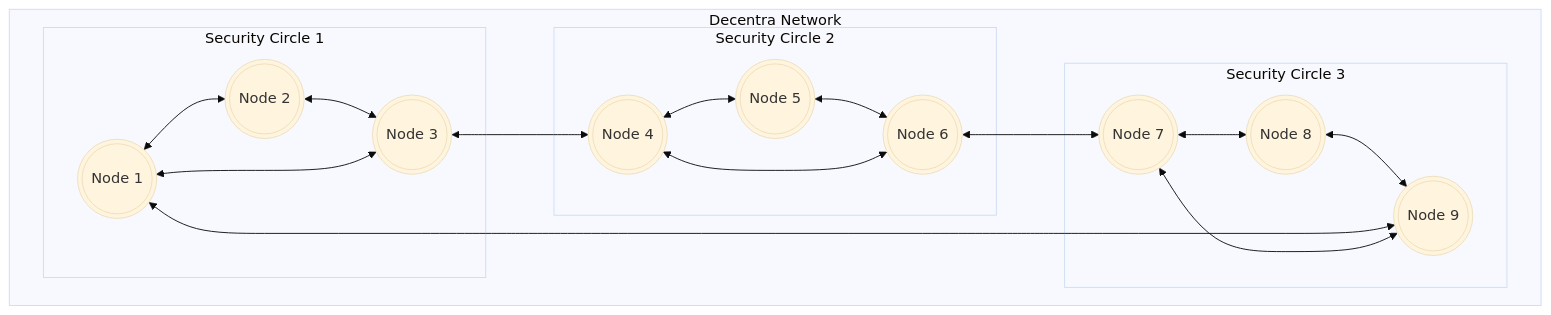
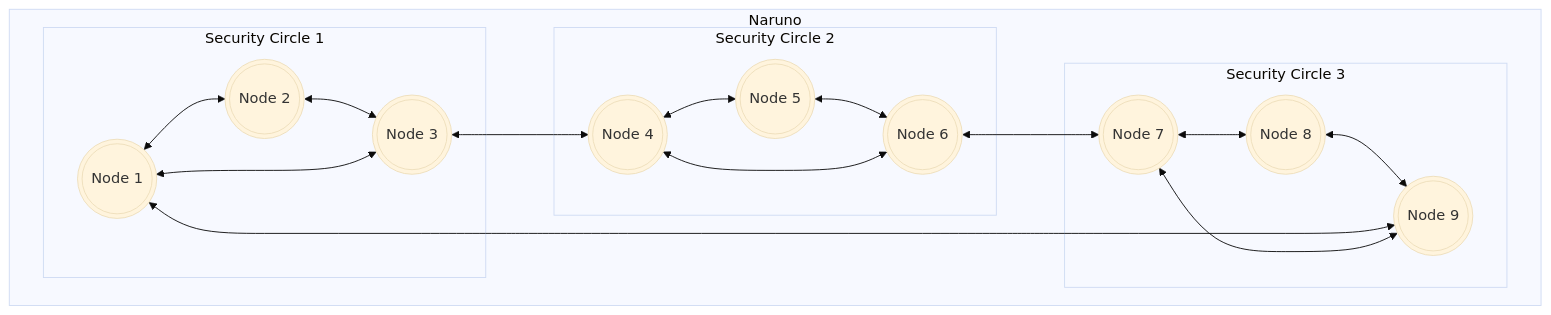
One commit to Naruno/Naruno changed the diagram in docs/concepts/nodes.md. Above: the diagram before and after it, drawn with Mermaid (base theme). The commit also changed other lines of this file and 250 other files, not shown here.

````diff
--- a/docs/concepts/nodes.md
+++ b/docs/concepts/nodes.md
@@ -19,60 +19,60 @@
 ```mermaid
 flowchart LR
 Node_1(((Node 1)))
 Node_2(((Node 2)))
 Node_3(((Node 3)))
 
 Node_1 <--> Node_2
 Node_2 <--> Node_3
 Node_3 <--> Node_1
 
 subgraph SC1[Security Circle 1]
     Node_1
     Node_2
     Node_3
 end
 
 
 
 Node_4(((Node 4)))
 Node_5(((Node 5)))
 Node_6(((Node 6)))
 
 Node_4 <--> Node_5
 Node_5 <--> Node_6
 Node_6 <--> Node_4
 
 subgraph SC2[Security Circle 2]
 
     Node_4
     Node_5
     Node_6
 end
 
 Node_7(((Node 7)))
 Node_8(((Node 8)))
 Node_9(((Node 9)))
 
 Node_7 <--> Node_8
 Node_8 <--> Node_9
 Node_9 <--> Node_7
 
 subgraph SC3[Security Circle 3]
     Node_7
     Node_8
     Node_9
 end
 
 
-subgraph Decentra Network
+subgraph Naruno
     direction LR
     SC1
     SC2
     SC3
 end
 
 Node_1 <--> Node_9
 Node_3 <--> Node_4
 Node_6 <--> Node_7
 
 ```
````
